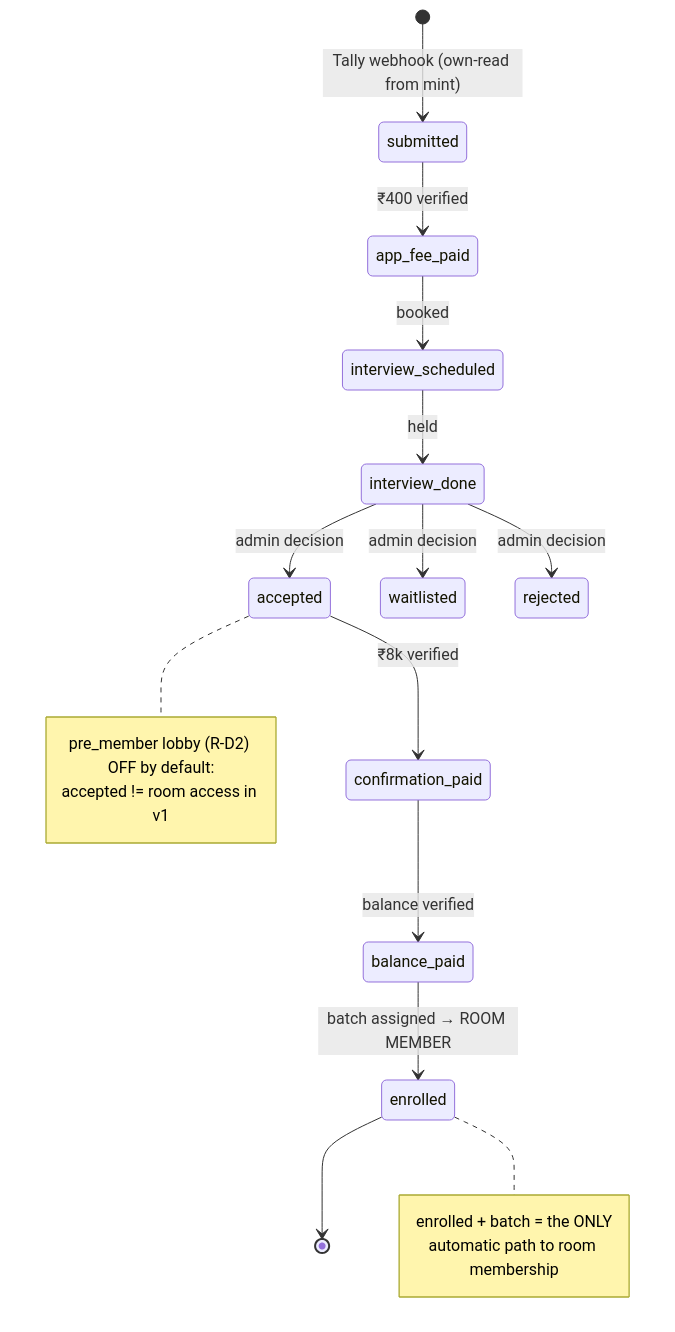
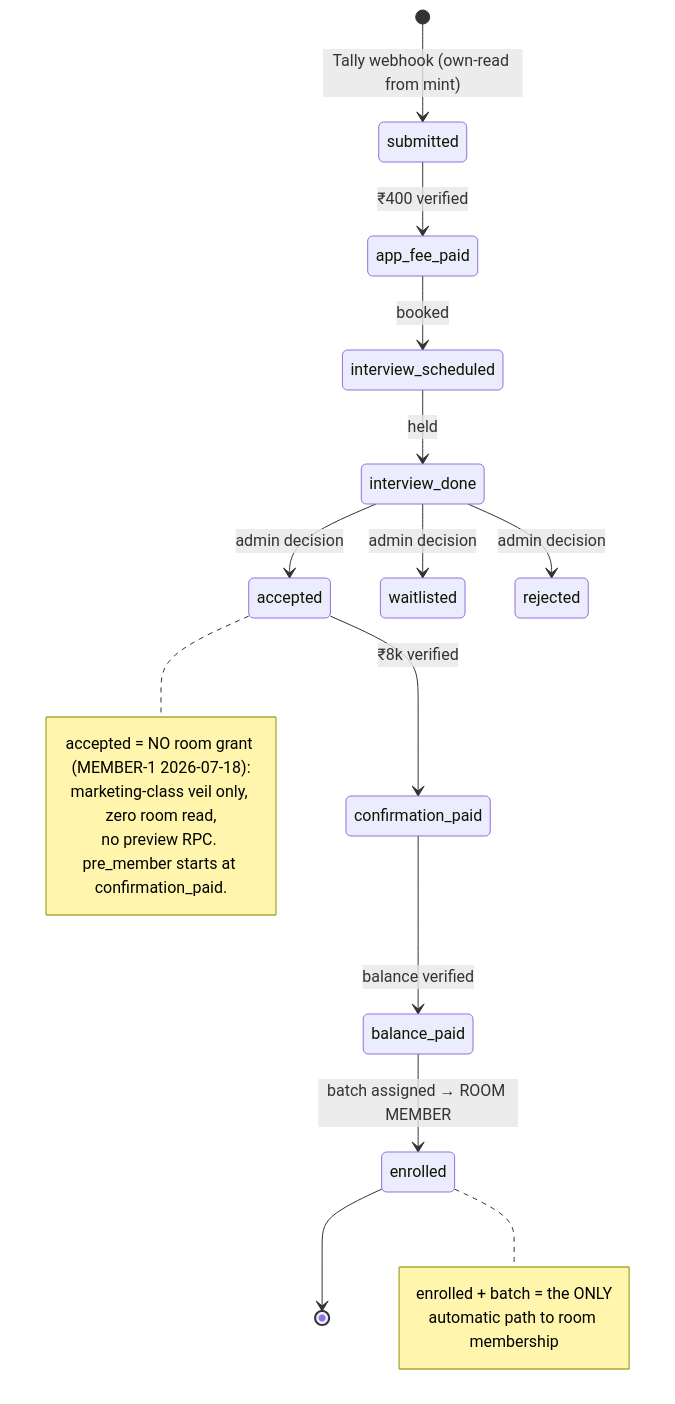
One commit to levelupadmin/LevelUp-Main-App changed the third of 4 diagrams in design/cohorts/docs/05-ACCESS-SECURITY.md. Above: the diagram before and after it, drawn with Mermaid. The commit also changed other lines of this file and 4 other files, not shown here.

First line of the commit message:
docs(cohorts): rule MEMBER-1 — three-tier room access; kill the accepted-preview path

````diff
--- a/design/cohorts/docs/05-ACCESS-SECURITY.md
+++ b/design/cohorts/docs/05-ACCESS-SECURITY.md
@@ -151,23 +153,24 @@
 ```mermaid
 stateDiagram-v2
     [*] --> submitted: Tally webhook (own-read from mint)
     submitted --> app_fee_paid: ₹400 verified
     app_fee_paid --> interview_scheduled: booked
     interview_scheduled --> interview_done: held
     interview_done --> accepted: admin decision
     interview_done --> waitlisted: admin decision
     interview_done --> rejected: admin decision
     accepted --> confirmation_paid: ₹8k verified
     confirmation_paid --> balance_paid: balance verified
     balance_paid --> enrolled: batch assigned → ROOM MEMBER
     enrolled --> [*]
 
     note right of accepted
-        pre_member lobby (R-D2) OFF by default:
-        accepted != room access in v1
+        accepted = NO room grant (MEMBER-1 2026-07-18):
+        marketing-class veil only, zero room read,
+        no preview RPC. pre_member starts at confirmation_paid.
     end note
     note right of enrolled
         enrolled + batch = the ONLY
         automatic path to room membership
     end note
 ```
````
